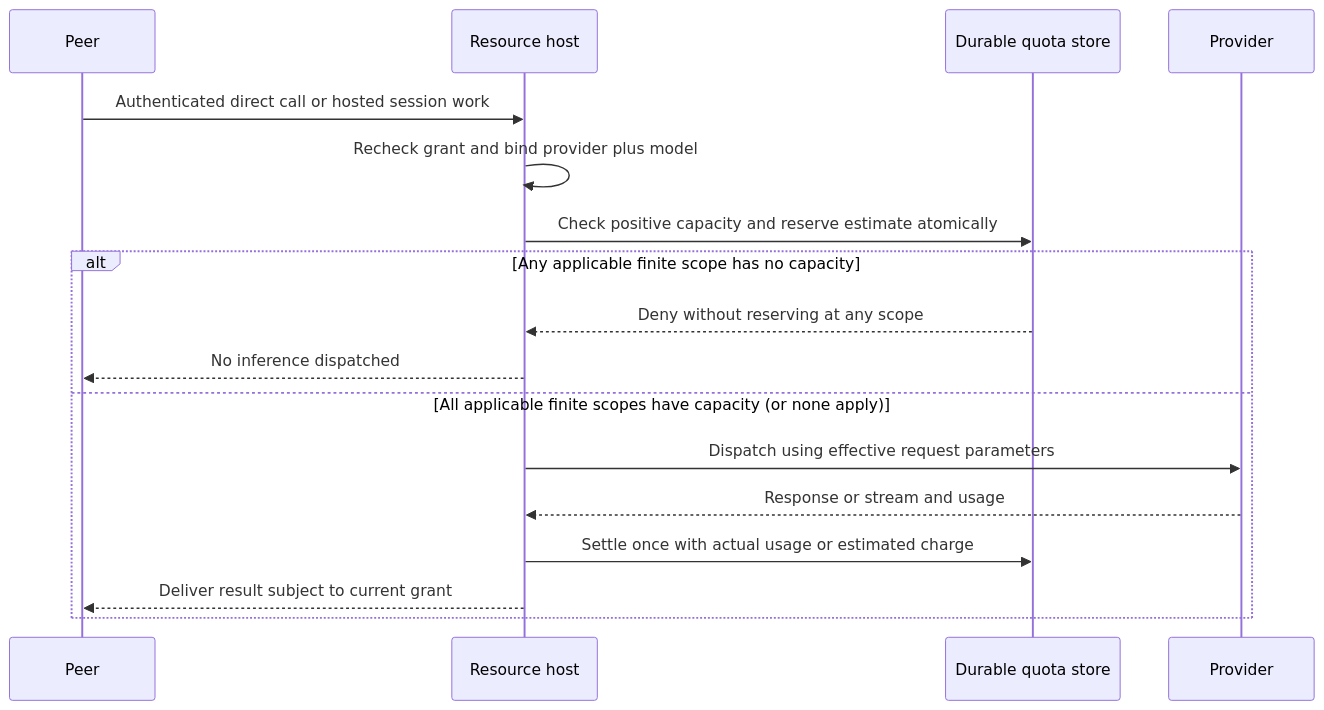
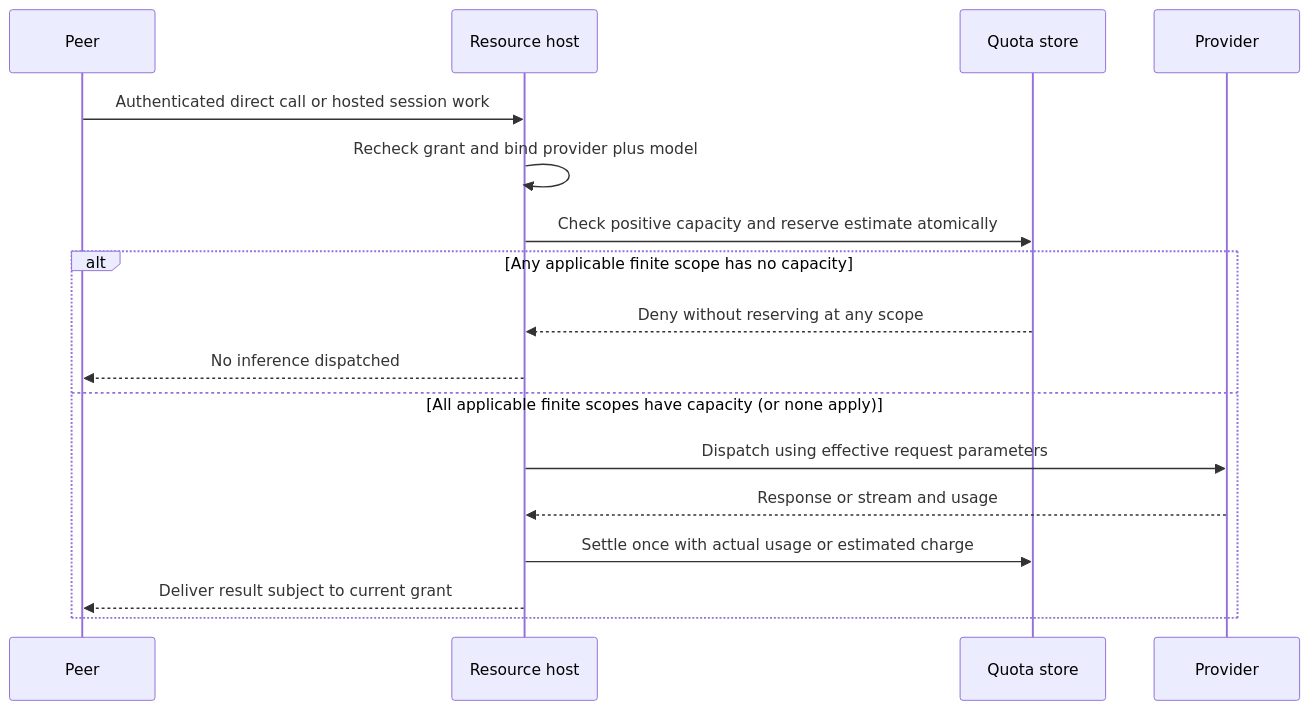
The diagram in openspec/changes/add-mesh-peer-access/design.md (querymt/querymt), drawn with Mermaid before and after one commit. The commit also changed other lines of this file and 8 other files, not shown here.

````diff
--- a/openspec/changes/add-mesh-peer-access/design.md
+++ b/openspec/changes/add-mesh-peer-access/design.md
@@ -50,19 +50,19 @@
 ```mermaid
 sequenceDiagram
     participant P as Peer
     participant H as Resource host
-    participant Q as Durable quota store
+    participant Q as Quota store
     participant M as Provider
     P->>H: Authenticated direct call or hosted session work
     H->>H: Recheck grant and bind provider plus model
     H->>Q: Check positive capacity and reserve estimate atomically
     alt Any applicable finite scope has no capacity
         Q-->>H: Deny without reserving at any scope
         H-->>P: No inference dispatched
     else All applicable finite scopes have capacity (or none apply)
         H->>M: Dispatch using effective request parameters
         M-->>H: Response or stream and usage
         H->>Q: Settle once with actual usage or estimated charge
         H-->>P: Deliver result subject to current grant
     end
 ```
````
